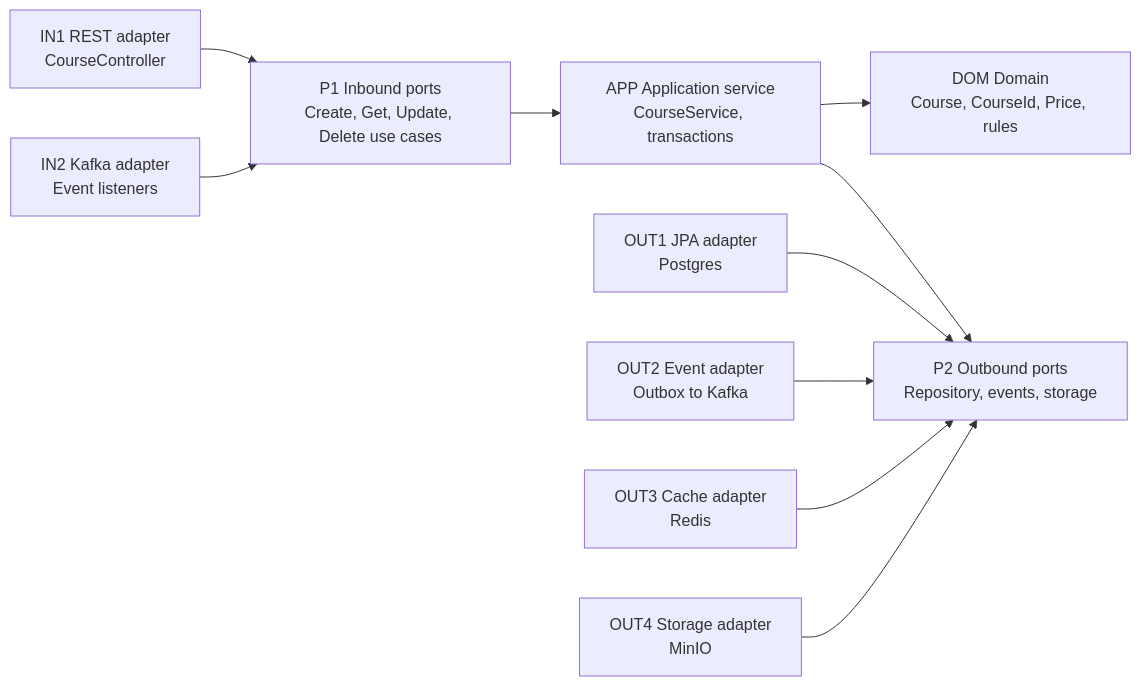
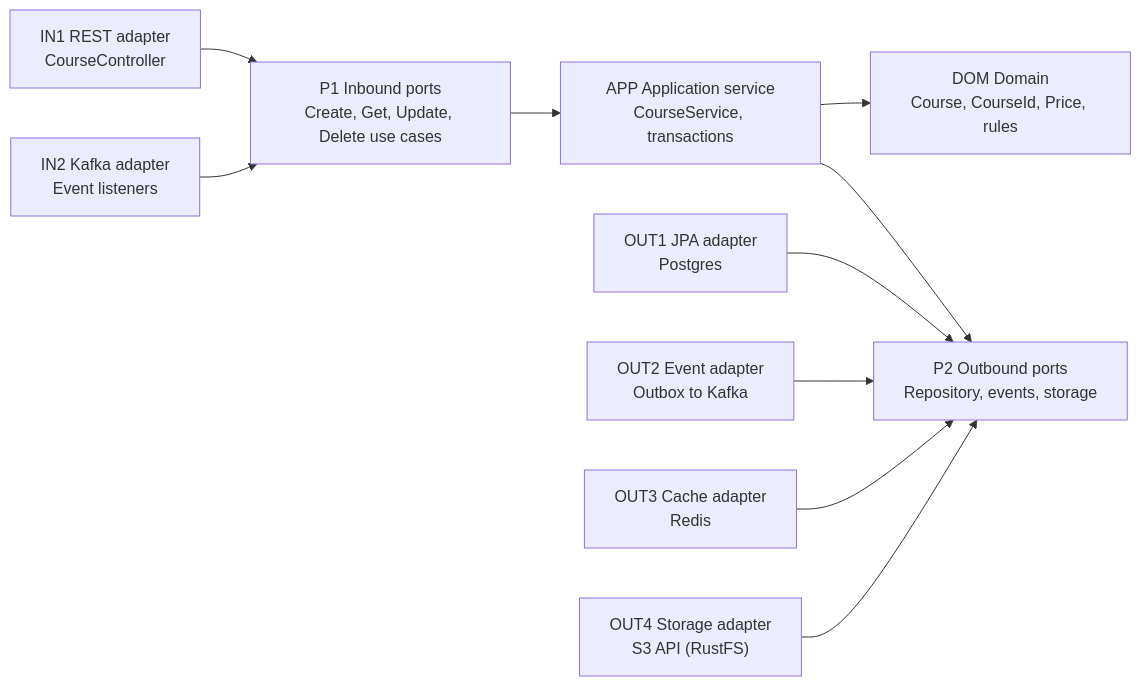
One commit to duynvh/udemy-platform changed the third of 8 diagrams in docs/architecture.md. Above: the diagram before and after it, drawn with Mermaid. The commit also changed other lines of this file and 13 other files, not shown here.

First line of the commit message:
T06: Podman Compose data stores; replace MinIO with RustFS

````diff
--- a/docs/architecture.md
+++ b/docs/architecture.md
@@ -157,12 +157,12 @@
 ```mermaid
 flowchart LR
     IN1["IN1 REST adapter<br/>CourseController"] --> P1["P1 Inbound ports<br/>Create, Get, Update, Delete use cases"]
     IN2["IN2 Kafka adapter<br/>Event listeners"] --> P1
     P1 --> APP["APP Application service<br/>CourseService, transactions"]
     APP --> DOM["DOM Domain<br/>Course, CourseId, Price, rules"]
     APP --> P2["P2 Outbound ports<br/>Repository, events, storage"]
     OUT1["OUT1 JPA adapter<br/>Postgres"] --> P2
     OUT2["OUT2 Event adapter<br/>Outbox to Kafka"] --> P2
     OUT3["OUT3 Cache adapter<br/>Redis"] --> P2
-    OUT4["OUT4 Storage adapter<br/>MinIO"] --> P2
+    OUT4["OUT4 Storage adapter<br/>S3 API (RustFS)"] --> P2
 ```
````
